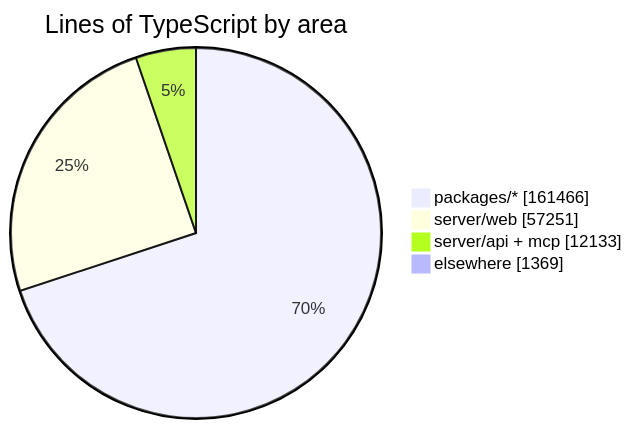
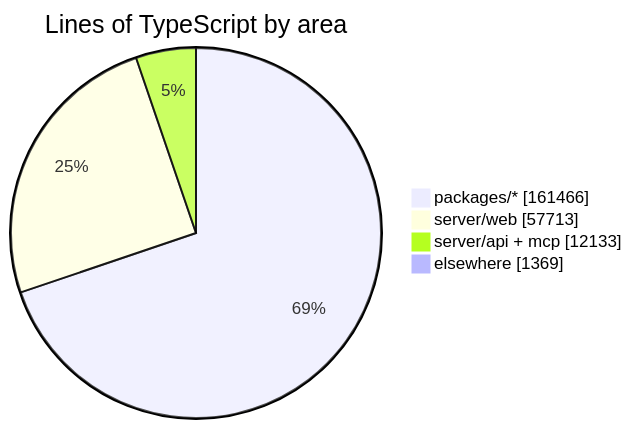
One commit to crossworks-engineering/mantle changed the diagram in README.md. Above: the diagram before and after it, drawn with Mermaid. The commit also changed other lines of this file and 2 other files, not shown here.

````diff
--- a/README.md
+++ b/README.md
@@ -279,7 +279,7 @@
 ```mermaid
 pie showData title Lines of TypeScript by area
     "packages/*" : 161466
-    "server/web" : 57251
+    "server/web" : 57713
     "server/api + mcp" : 12133
     "elsewhere" : 1369
 ```
````
